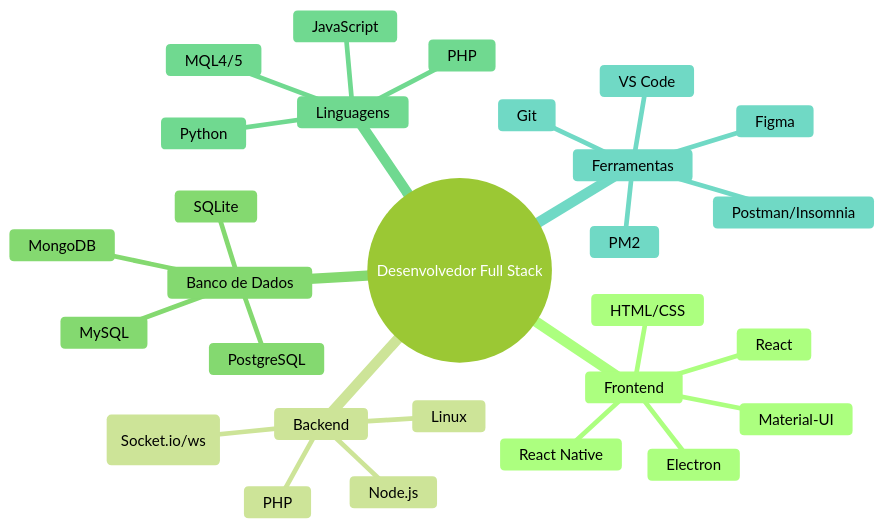
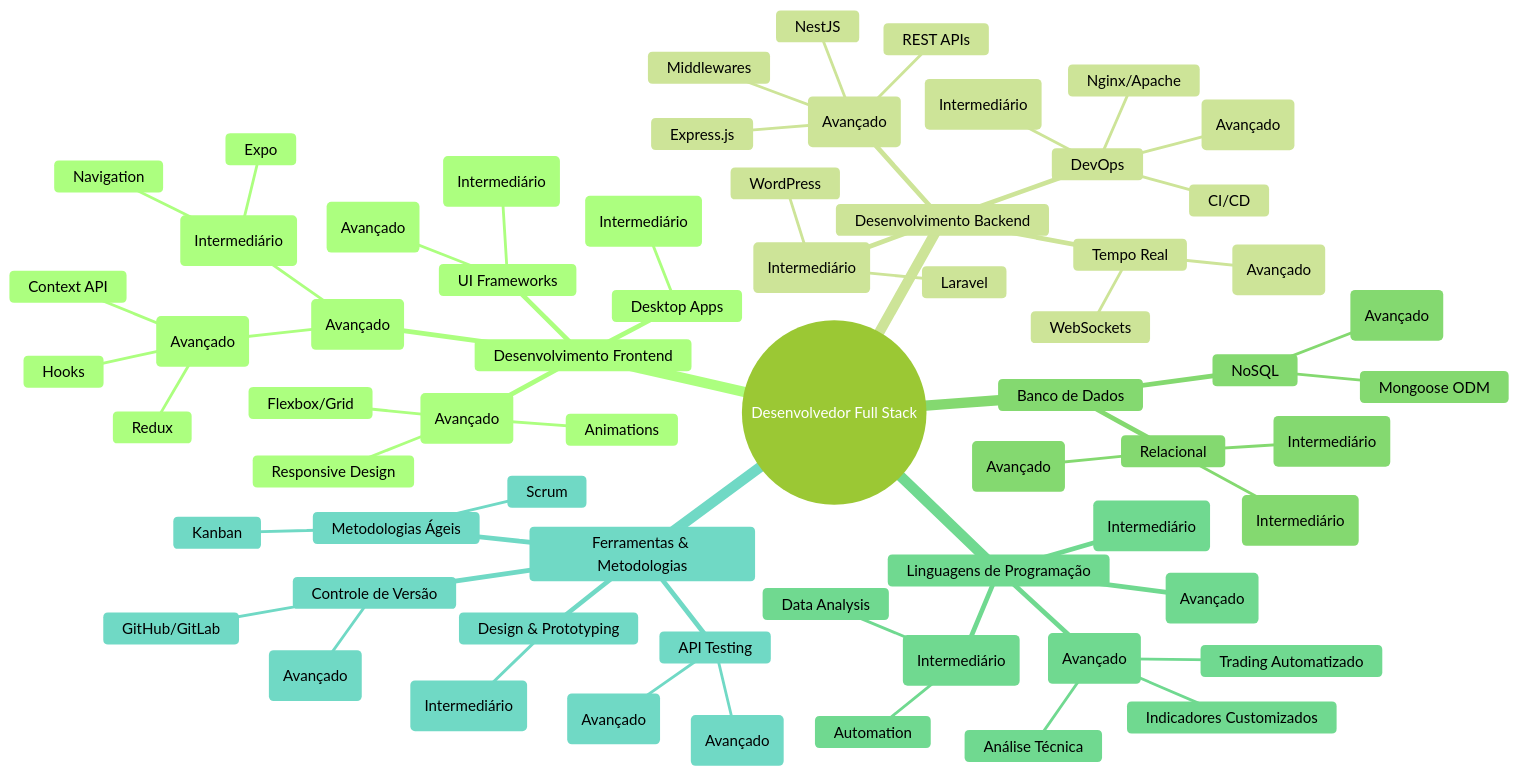
Before and after one commit to AlesonPungirum/AlesonPungirum: the first of 4 diagrams in README.md, drawn with Mermaid (forest theme).

````diff
--- a/README.md
+++ b/README.md
@@ -38,31 +38,69 @@
 ```mermaid
 mindmap
   root((Desenvolvedor Full Stack))
-    Frontend
-      React
-      React Native
-      HTML/CSS
-      Material-UI
-      Electron
-    Backend
-      Node.js
-      PHP
-      WebSocket (Socket.io/ws)
-      Linux
+    Desenvolvimento Frontend
+      JavaScript (Avançado)
+        React (Avançado)
+          Hooks
+          Context API
+          Redux
+        React Native (Intermediário)
+          Expo
+          Navigation
+      HTML5/CSS3 (Avançado)
+        Responsive Design
+        Flexbox/Grid
+        Animations
+      UI Frameworks
+        Material-UI (Avançado)
+        Tailwind CSS (Intermediário)
+      Desktop Apps
+        Electron (Intermediário)
+    Desenvolvimento Backend
+      Node.js (Avançado)
+        Express.js
+        NestJS
+        REST APIs
+        Middlewares
+      PHP (Intermediário)
+        Laravel
+        WordPress
+      Tempo Real
+        Socket.io (Avançado)
+        WebSockets
+      DevOps
+        Linux (Intermediário)
+        Nginx/Apache
+        CI/CD
+        PM2 (Avançado)
     Banco de Dados
-      MySQL
-      MongoDB
-      SQLite
-      PostgreSQL
-    Linguagens
-      JavaScript
-      Python
-      PHP
-      MQL4/5
-    Ferramentas
-      VS Code
-      Git
-      Postman/Insomnia
-      Figma
-      PM2
+      Relacional
+        MySQL (Avançado)
+        PostgreSQL (Intermediário)
+        SQLite (Intermediário)
+      NoSQL
+        MongoDB (Avançado)
+        Mongoose ODM
+    Linguagens de Programação
+      JavaScript/TypeScript (Avançado)
+      Python (Intermediário)
+        Data Analysis
+        Automation
+      PHP (Intermediário)
+      MQL4/5 (Avançado)
+        Indicadores Customizados
+        Trading Automatizado
+        Análise Técnica
+    Ferramentas & Metodologias
+      Controle de Versão
+        Git (Avançado)
+        GitHub/GitLab
+      API Testing
+        Postman (Avançado)
+        Insomnia (Avançado)
+      Design & Prototyping
+        Figma (Intermediário)
+      Metodologias Ágeis
+        Scrum
+        Kanban
 ```
````
